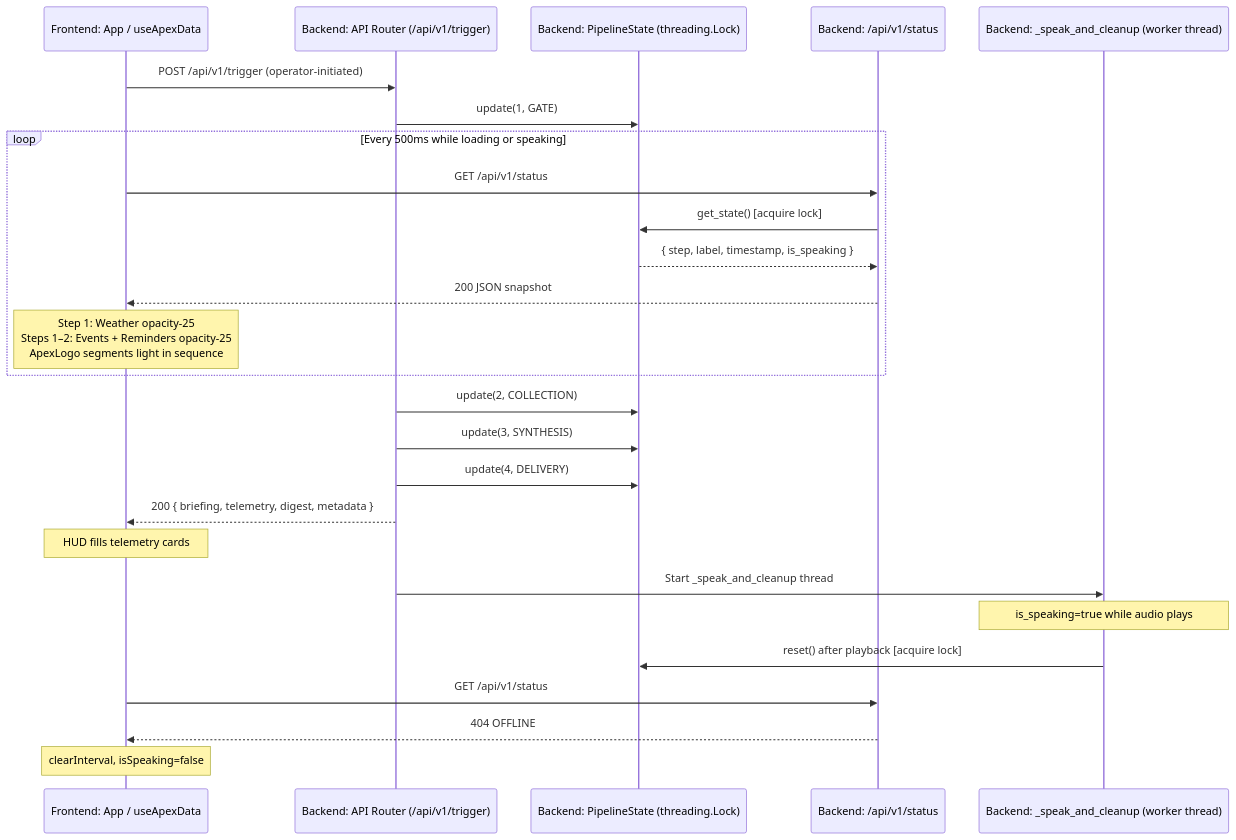
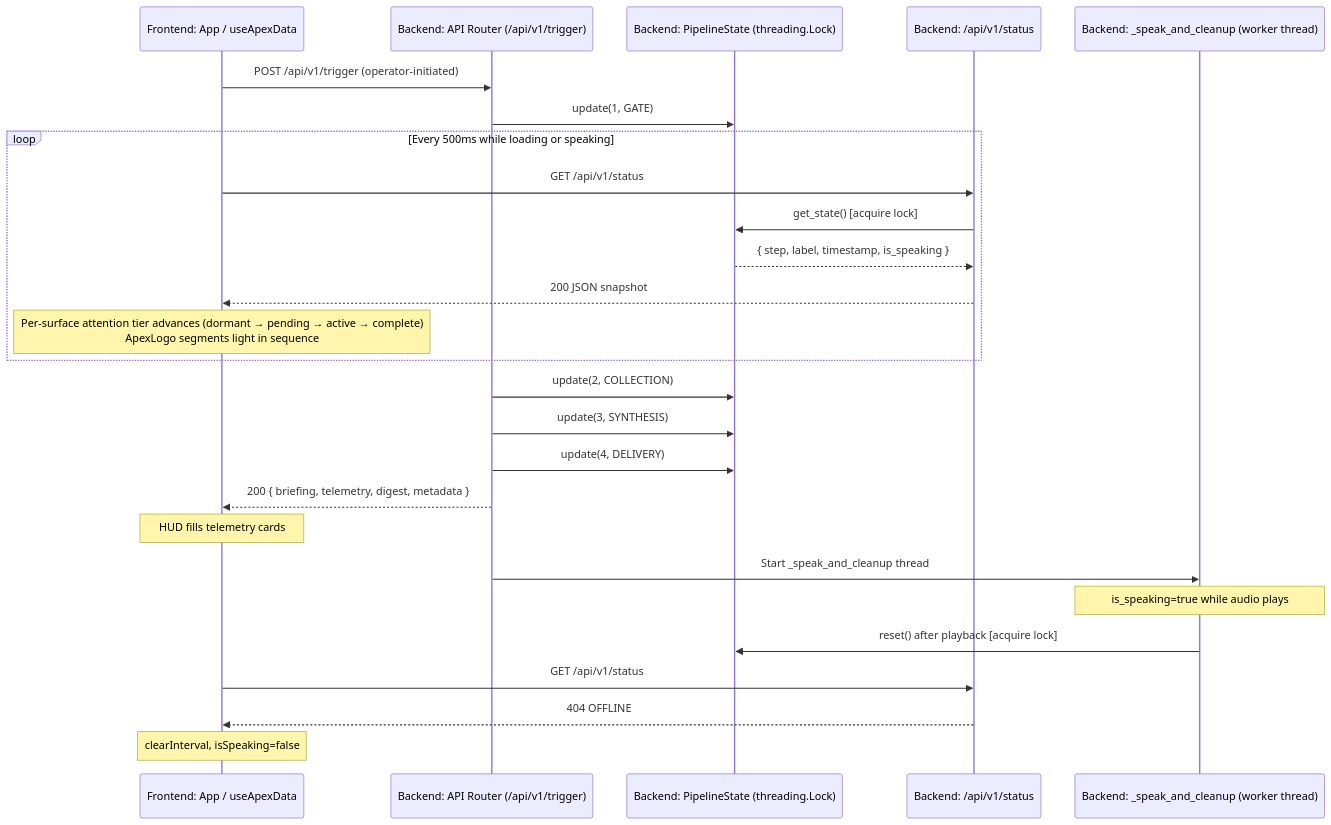
Before and after one commit to edumarcano/APEX: the first of 3 diagrams in docs/architecture.md, drawn with Mermaid. The commit also changed other lines of this file and 11 other files, not shown here.

````diff
--- a/docs/architecture.md
+++ b/docs/architecture.md
@@ -28,33 +28,33 @@
 ```mermaid
 sequenceDiagram
     participant App as Frontend: App / useApexData
     participant Trigger as Backend: API Router (/api/v1/trigger)
     participant Store as Backend: PipelineState (threading.Lock)
     participant Status as Backend: /api/v1/status
     participant Speaker as Backend: _speak_and_cleanup (worker thread)
 
     App->>Trigger: POST /api/v1/trigger (operator-initiated)
     Trigger->>Store: update(1, GATE)
 
     loop Every 500ms while loading or speaking
         App->>Status: GET /api/v1/status
         Status->>Store: get_state() [acquire lock]
         Store-->>Status: { step, label, timestamp, is_speaking }
         Status-->>App: 200 JSON snapshot
-        Note over App: Step 1: Weather opacity-25<br/>Steps 1–2: Events + Reminders opacity-25<br/>ApexLogo segments light in sequence
+        Note over App: Per-surface attention tier advances (dormant → pending → active → complete)<br/>ApexLogo segments light in sequence
     end
 
     Trigger->>Store: update(2, COLLECTION)
     Trigger->>Store: update(3, SYNTHESIS)
     Trigger->>Store: update(4, DELIVERY)
     Trigger-->>App: 200 { briefing, telemetry, digest, metadata }
     Note over App: HUD fills telemetry cards
 
     Trigger->>Speaker: Start _speak_and_cleanup thread
     Note over Speaker: is_speaking=true while audio plays
     Speaker->>Store: reset() after playback [acquire lock]
 
     App->>Status: GET /api/v1/status
     Status-->>App: 404 OFFLINE
     Note over App: clearInterval, isSpeaking=false
 ```
````
